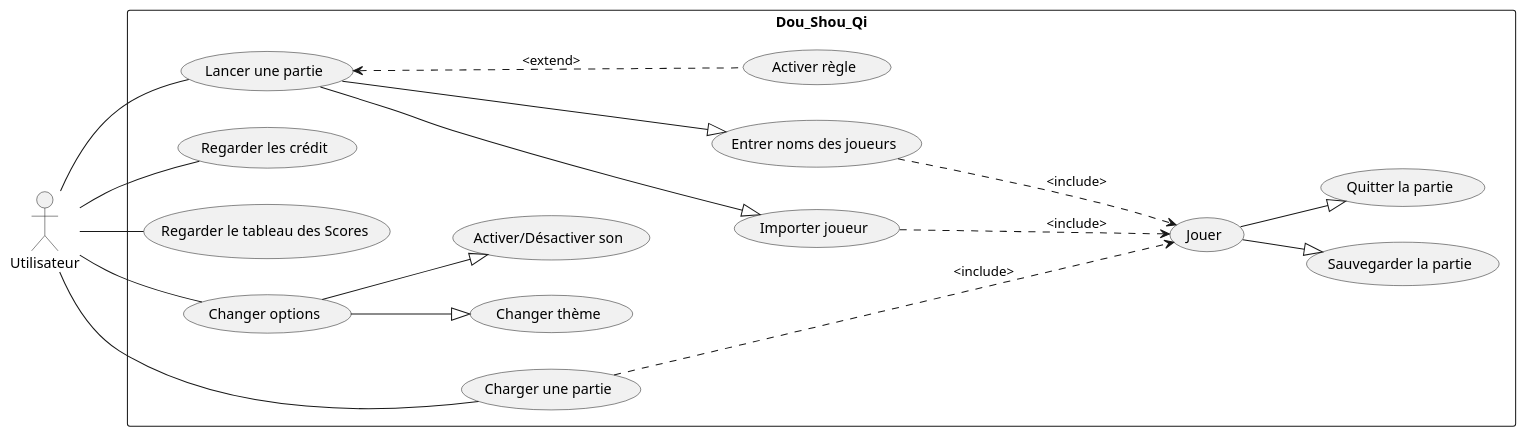
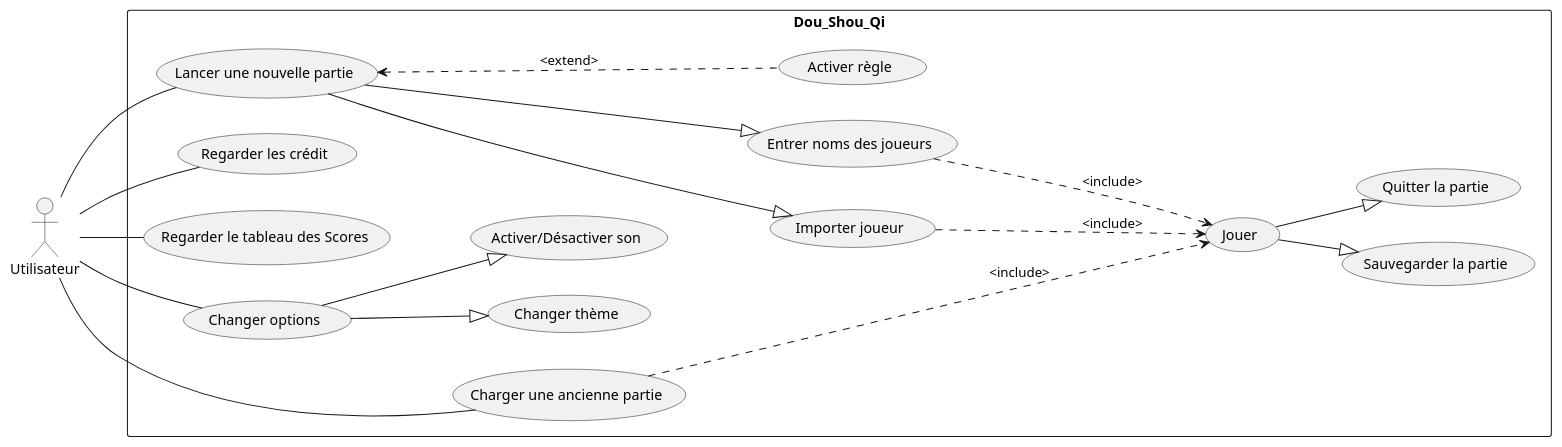
Before and after one commit to Pepit0404/DouShouQi: the diagram in docs/use_cases.md, drawn with PlantUML. The commit also changed other lines of this file, not shown here.

````diff
--- a/docs/use_cases.md
+++ b/docs/use_cases.md
@@ -3,37 +3,37 @@
 ``` plantuml
 @startuml
 left to right direction
 actor "Utilisateur" as j
 rectangle Dou_Shou_Qi{
-  usecase "Lancer une partie" as UC1
-  usecase "Charger une partie" as UC2
+  usecase "Lancer une nouvelle partie" as UC1
+  usecase "Charger une ancienne partie" as UC2
   usecase "Regarder les crédit" as UC3
   usecase "Regarder le tableau des Scores" as UC4
   usecase "Changer options" as UC8
   usecase "Activer/Désactiver son" as UC9
   usecase "Changer thème" as UC10
   usecase "Entrer noms des joueurs" as UC5
   usecase "Activer règle" as UC6
   usecase "Jouer" as UC7
   usecase "Importer joueur" as UC11
   usecase "Sauvegarder la partie" as UC12
   usecase "Quitter la partie" as UC13
   
 }
 j-- UC1
 j-- UC2
 j-- UC3
 j-- UC4
 j-- UC8
 UC1 ---|> UC5 
 UC1 ---|> UC11 
 UC1 <... UC6 : <extend>
 UC5 ...> UC7 : <include>
 UC2 ....> UC7 : <include>
 UC11 ...> UC7 : <include>
 UC8 --|> UC9 
 UC8 --|> UC10
 UC7 --|> UC12
 UC7 --|> UC13
 @enduml
 ```
````
